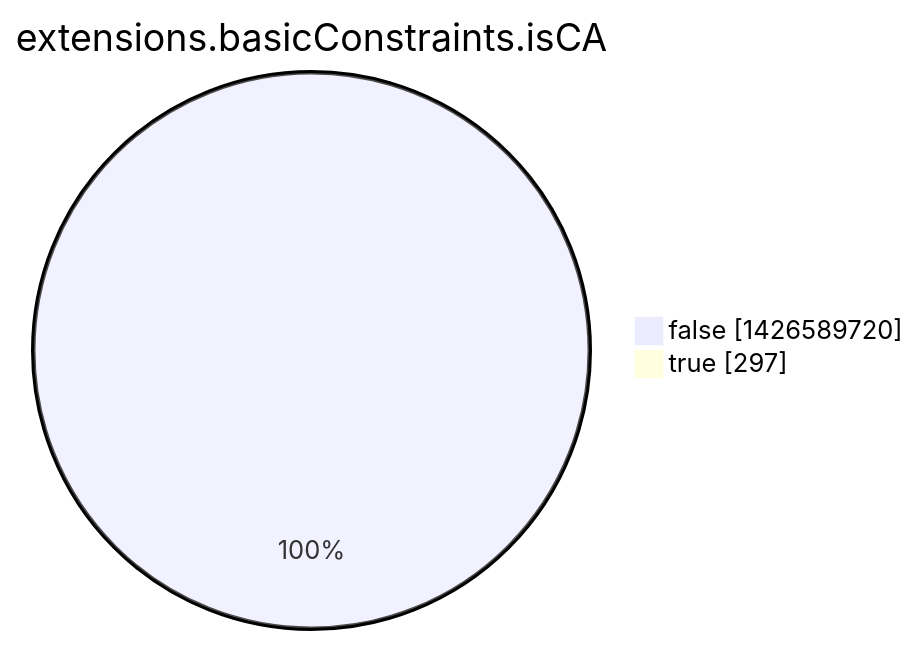
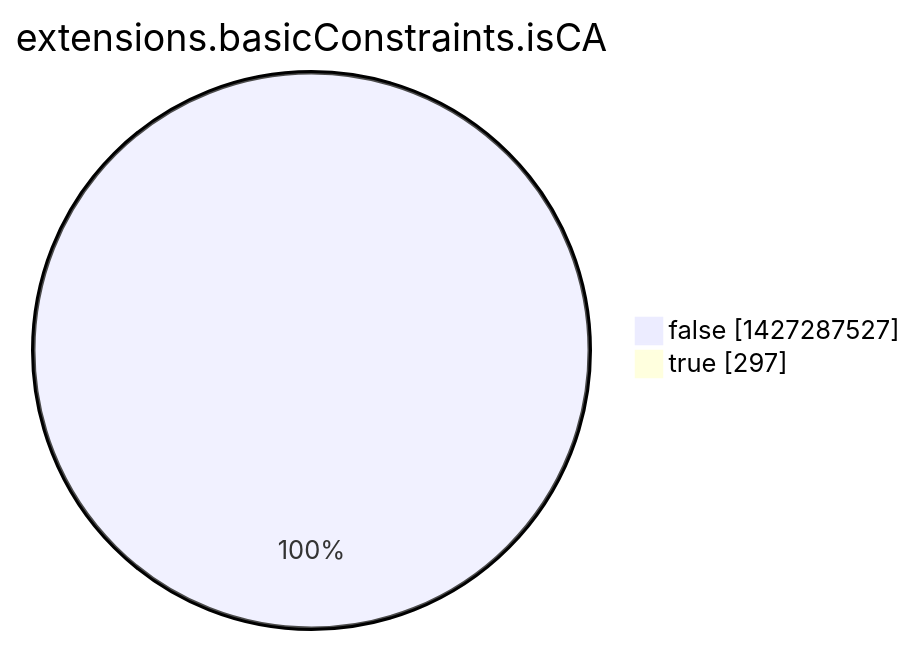
Before and after one commit to christiankrug/ctmonitor_visualization: the eighth of 15 diagrams in argon2022/README.md, drawn with Mermaid. The commit also changed other lines of this file, not shown here.

````diff
--- a/argon2022/README.md
+++ b/argon2022/README.md
@@ -2760,6 +2760,6 @@
 ```mermaid
 pie showData
 title extensions.basicConstraints.isCA
-"false" :1426589720
+"false" :1427287527
 "true" :297
 ```
````
